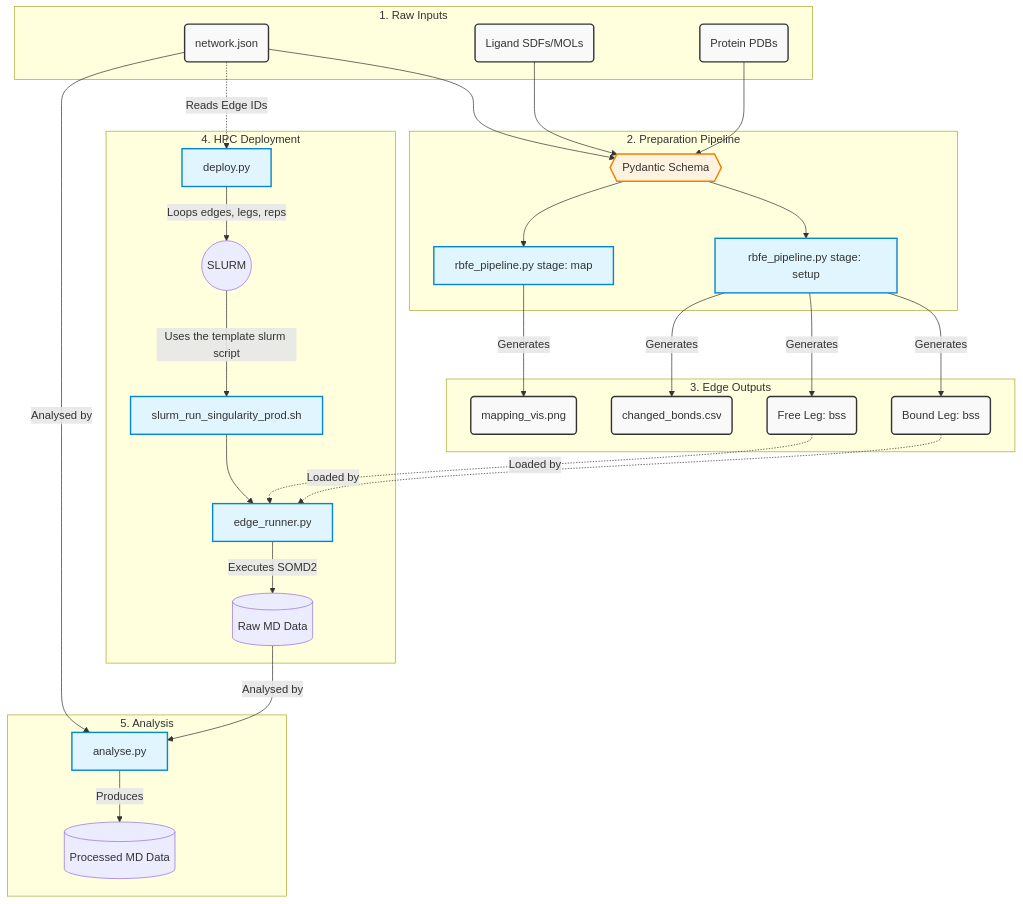
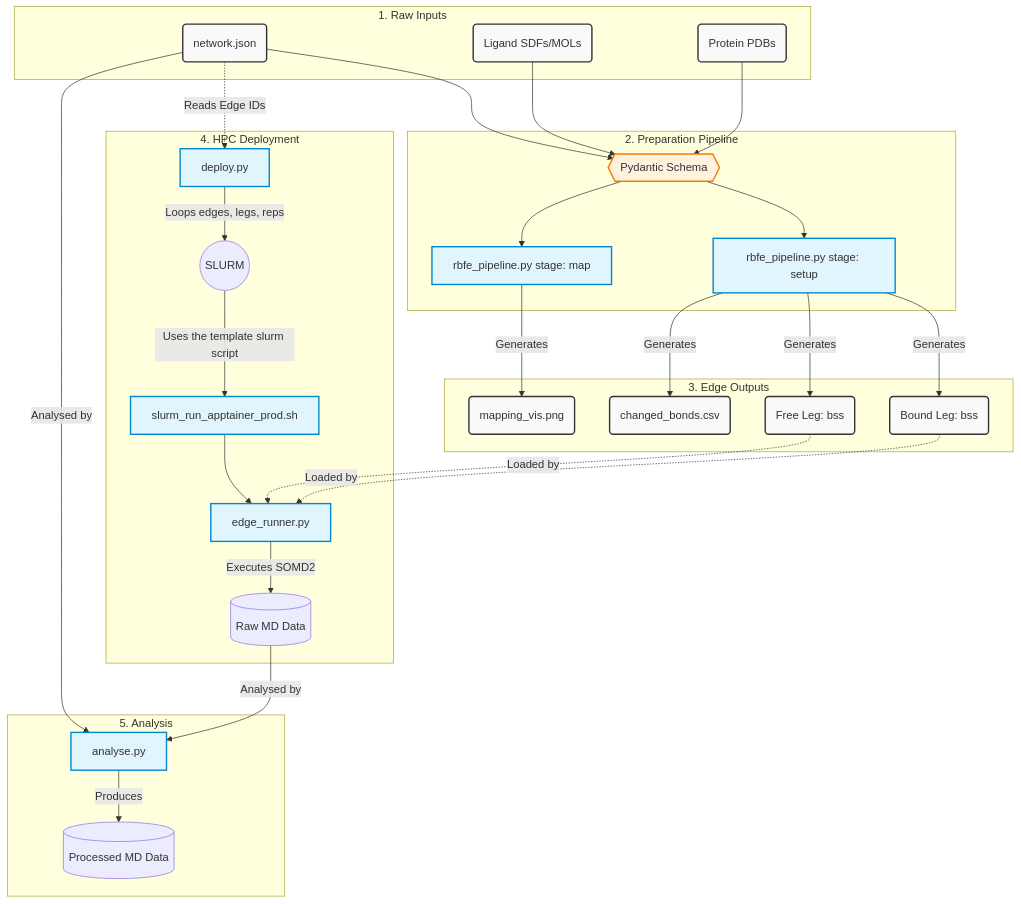
One commit to akalpokas/scaffold-hopping-fep-benchmark changed the diagram in README.md. Above: the diagram before and after it, drawn with Mermaid. The commit also changed other lines of this file and 2 other files, not shown here.

Commit message:
Update slurm run template script

````diff
--- a/README.md
+++ b/README.md
@@ -48,68 +48,68 @@
 ```mermaid
 flowchart TD
     classDef file fill:#f9f9f9,stroke:#333,stroke-width:2px;
     classDef script fill:#e1f5fe,stroke:#0288d1,stroke-width:2px;
     classDef check fill:#fff3e0,stroke:#f57c00,stroke-width:2px;
 
     subgraph Inputs ["1. Raw Inputs"]
         JSON(network.json):::file
         SDF(Ligand SDFs/MOLs):::file
         PDB(Protein PDBs):::file
     end
 
     subgraph Prep ["2. Preparation Pipeline"]
         Schema{{Pydantic Schema}}:::check
         PipeMap[rbfe_pipeline.py stage: map]:::script
         PipeSetup[rbfe_pipeline.py stage: setup]:::script
         
         Schema --> PipeMap
         Schema --> PipeSetup
     end
 
     subgraph LocalOut ["3. Edge Outputs"]
         Vis(mapping_vis.png):::file
         CSV(changed_bonds.csv):::file
         Free(Free Leg: bss):::file
         Bound(Bound Leg: bss):::file
     end
 
     subgraph Cluster ["4. HPC Deployment"]
         Deploy[deploy.py]:::script
         Slurm((SLURM))
-        Bash[slurm_run_singularity_prod.sh]:::script
+        Bash[slurm_run_apptainer_prod.sh]:::script
         Run[edge_runner.py]:::script
         MD[(Raw MD Data)]
     end
 
     subgraph Analysis ["5. Analysis"]
         Analyse[analyse.py]:::script
         FinalData[(Processed MD Data)]
     end
 
     %% Step 1 to 2
     JSON --> Schema
     SDF --> Schema
     PDB --> Schema
 
     %% Step 2 to 3
     PipeMap -->|Generates| Vis
     PipeSetup -->|Generates| CSV
     PipeSetup -->|Generates| Free
     PipeSetup -->|Generates| Bound
 
     %% Step 3 to 4
     JSON -.->|Reads Edge IDs| Deploy
     Deploy -->|Loops edges, legs, reps| Slurm
     Slurm -->|Uses the template slurm script| Bash
     Bash --> Run
     
     Free -.->|Loaded by| Run
     Bound -.->|Loaded by| Run
     
     Run -->|Executes SOMD2| MD
 
     %% Step 4 to 5
     JSON -->|Analysed by| Analyse
     MD -->|Analysed by| Analyse
     Analyse -->| Produces | FinalData
 ```
````
